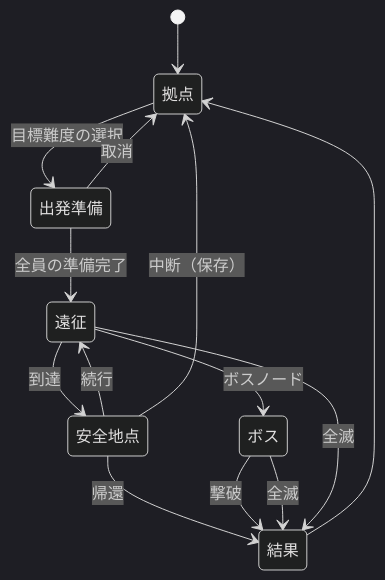
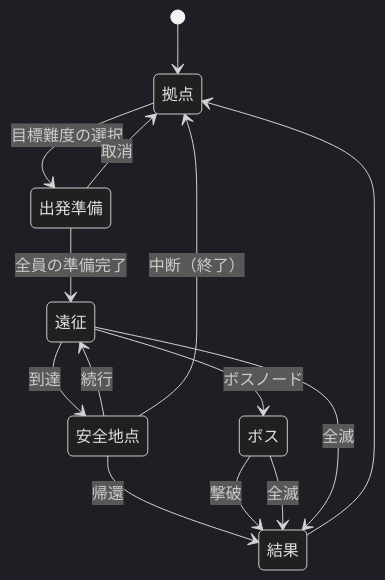
Before and after one commit to Kling0012/shape-of-dreams-rpg-plan: the first of 2 diagrams in docs/appendix-c-spec.md, drawn with Mermaid (dark theme). The commit also changed other lines of this file and 4 other files, not shown here.

````diff
--- a/docs/appendix-c-spec.md
+++ b/docs/appendix-c-spec.md
@@ -19,16 +19,16 @@
 ```mermaid
 stateDiagram-v2
     [*] --> 拠点
     拠点 --> 出発準備: 目標難度の選択
     出発準備 --> 遠征: 全員の準備完了
     出発準備 --> 拠点: 取消
     遠征 --> 安全地点: 到達
     安全地点 --> 遠征: 続行
     安全地点 --> 結果: 帰還
-    安全地点 --> 拠点: 中断（保存）
+    安全地点 --> 拠点: 中断（終了）
     遠征 --> ボス: ボスノード
     ボス --> 結果: 撃破
     ボス --> 結果: 全滅
     遠征 --> 結果: 全滅
     結果 --> 拠点
 ```
````
